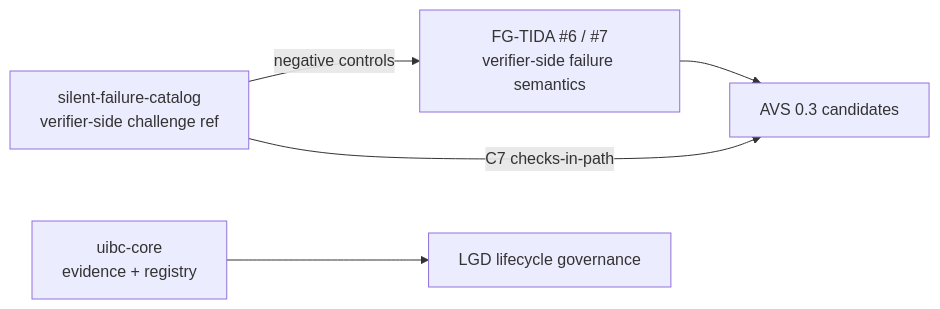
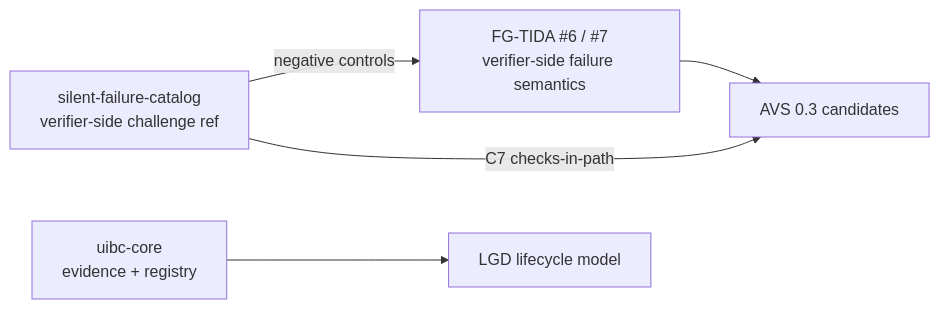
The diagram in README.md (zhaoxinghua09-cell/zhaoxinghua09-cell), drawn with Mermaid before and after one commit. The commit also changed other lines of this file, not shown here.

````diff
--- a/README.md
+++ b/README.md
@@ -36,7 +36,7 @@
 ```mermaid
 graph LR
   A[silent-failure-catalog<br/>verifier-side challenge ref] -->|negative controls| B[FG-TIDA #6 / #7<br/>verifier-side failure semantics]
-  C[uibc-core<br/>evidence + registry] --> D[LGD lifecycle governance]
+  C[uibc-core<br/>evidence + registry] --> D[LGD lifecycle model]
   A -->|C7 checks-in-path| E[AVS 0.3 candidates]
   B --> E
 ```
````
